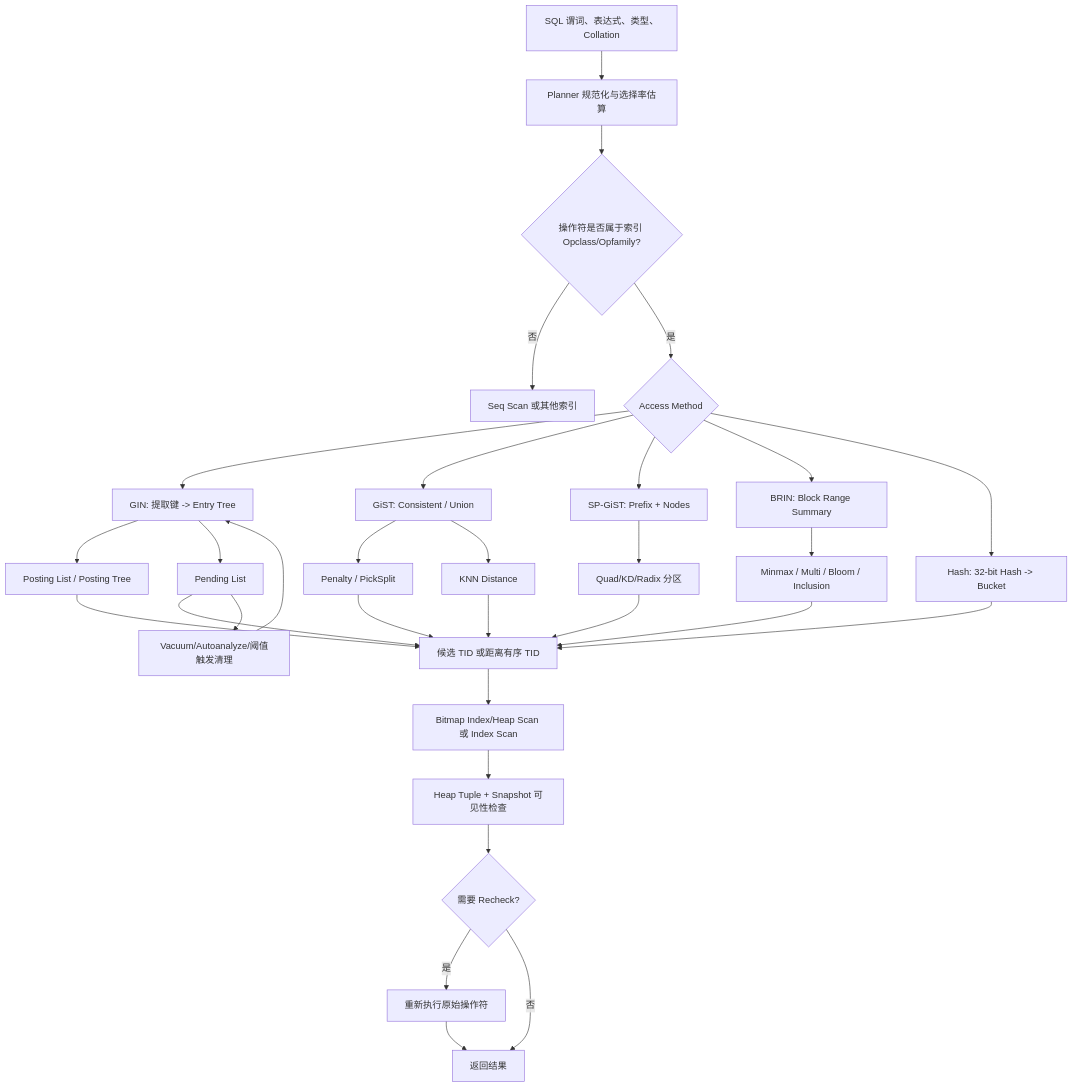
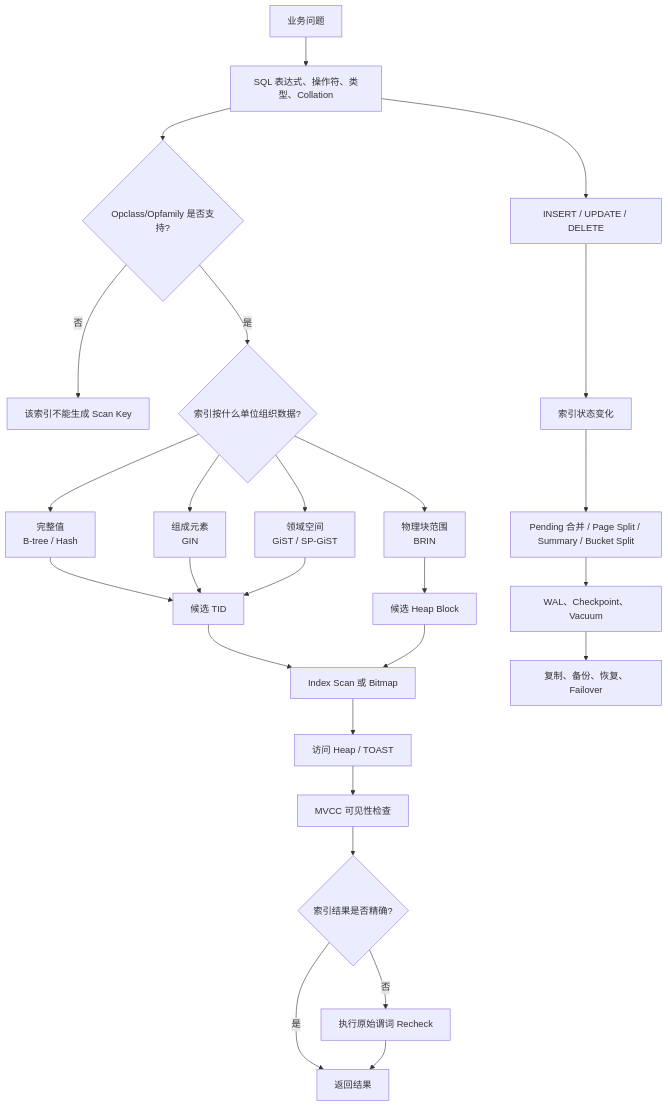
One commit to LienJack/learn-agent changed the diagram in src/content/blog/zh/tech/PostgreSQL/assets/08-postgresql-gin-gist-sp-gist-brin-hash-operator-class/mermaid-01.mmd. Above: the diagram before and after it, drawn with Mermaid. The commit also changed 65 other files, not shown here.

```diff
--- a/src/content/blog/zh/tech/PostgreSQL/assets/08-postgresql-gin-gist-sp-gist-brin-hash-operator-class/mermaid-01.mmd
+++ b/src/content/blog/zh/tech/PostgreSQL/assets/08-postgresql-gin-gist-sp-gist-brin-hash-operator-class/mermaid-01.mmd
@@ -1,39 +1,30 @@
 flowchart TD
-    Q[SQL 谓词、表达式、类型、Collation] --> P[Planner 规范化与选择率估算]
-    P --> M{操作符是否属于索引 Opclass/Opfamily?}
-    M -- 否 --> S[Seq Scan 或其他索引]
-    M -- 是 --> AM{Access Method}
+    B[业务问题] --> Q[SQL 表达式、操作符、类型、Collation]
+    Q --> O{Opclass/Opfamily 是否支持?}
+    O -- 否 --> N[该索引不能生成 Scan Key]
+    O -- 是 --> U{索引按什么单位组织数据?}
 
-    AM --> GIN[GIN: 提取键 -> Entry Tree]
-    GIN --> PL[Posting List / Posting Tree]
-    GIN --> PD[Pending List]
+    U --> V[完整值<br/>B-tree / Hash]
+    U --> K[组成元素<br/>GIN]
+    U --> D[领域空间<br/>GiST / SP-GiST]
+    U --> R[物理块范围<br/>BRIN]
 
-    AM --> GIST[GiST: Consistent / Union]
-    GIST --> GP[Penalty / PickSplit]
-    GIST --> GK[KNN Distance]
+    V --> C[候选 TID]
+    K --> C
+    D --> C
+    R --> P[候选 Heap Block]
 
-    AM --> SP[SP-GiST: Prefix + Nodes]
-    SP --> ST[Quad/KD/Radix 分区]
+    C --> BM[Index Scan 或 Bitmap]
+    P --> BM
+    BM --> H[访问 Heap / TOAST]
+    H --> M[MVCC 可见性检查]
+    M --> X{索引结果是否精确?}
+    X -- 否 --> RC[执行原始谓词 Recheck]
+    X -- 是 --> OUT[返回结果]
+    RC --> OUT
 
-    AM --> BR[BRIN: Block Range Summary]
-    BR --> BS[Minmax / Multi / Bloom / Inclusion]
-
-    AM --> H[Hash: 32-bit Hash -> Bucket]
-
-    PL --> C[候选 TID 或距离有序 TID]
-    GP --> C
-    GK --> C
-    ST --> C
-    BS --> C
-    H --> C
-    PD --> C
-
-    C --> BM[Bitmap Index/Heap Scan 或 Index Scan]
-    BM --> MVCC[Heap Tuple + Snapshot 可见性检查]
-    MVCC --> R{需要 Recheck?}
-    R -- 是 --> E[重新执行原始操作符]
-    R -- 否 --> O[返回结果]
-    E --> O
-
-    PD --> CL[Vacuum/Autoanalyze/阈值触发清理]
-    CL --> GIN
+    Q --> W[INSERT / UPDATE / DELETE]
+    W --> S[索引状态变化]
+    S --> L[Pending 合并 / Page Split / Summary / Bucket Split]
+    L --> WAL[WAL、Checkpoint、Vacuum]
+    WAL --> REP[复制、备份、恢复、Failover]
```
